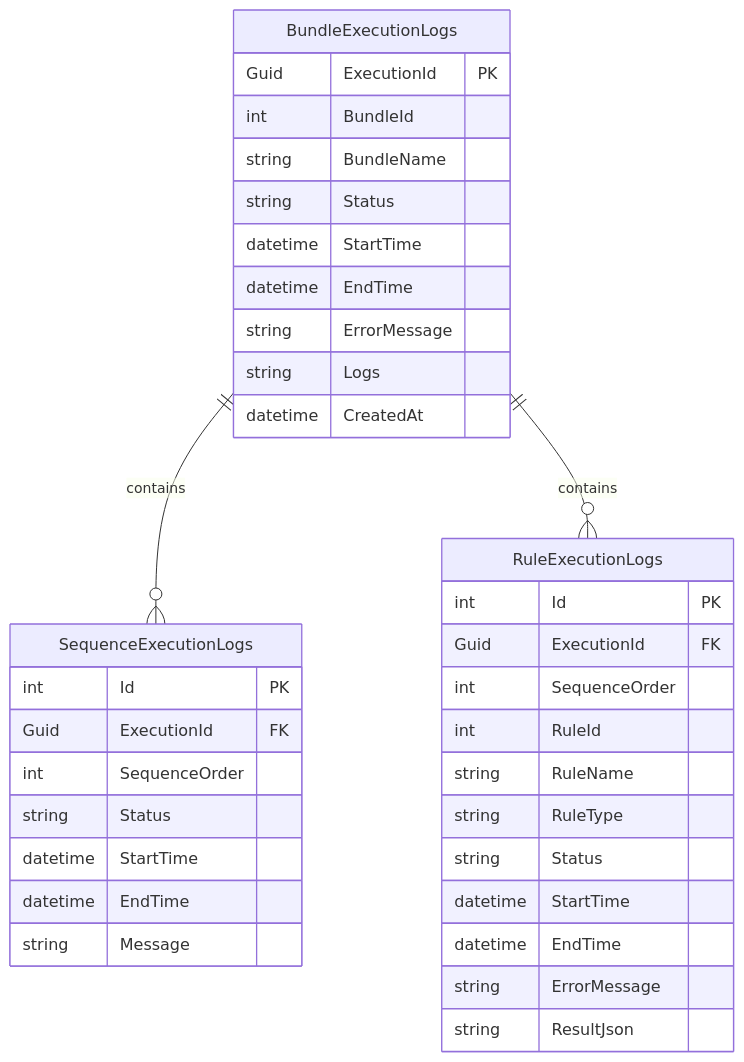
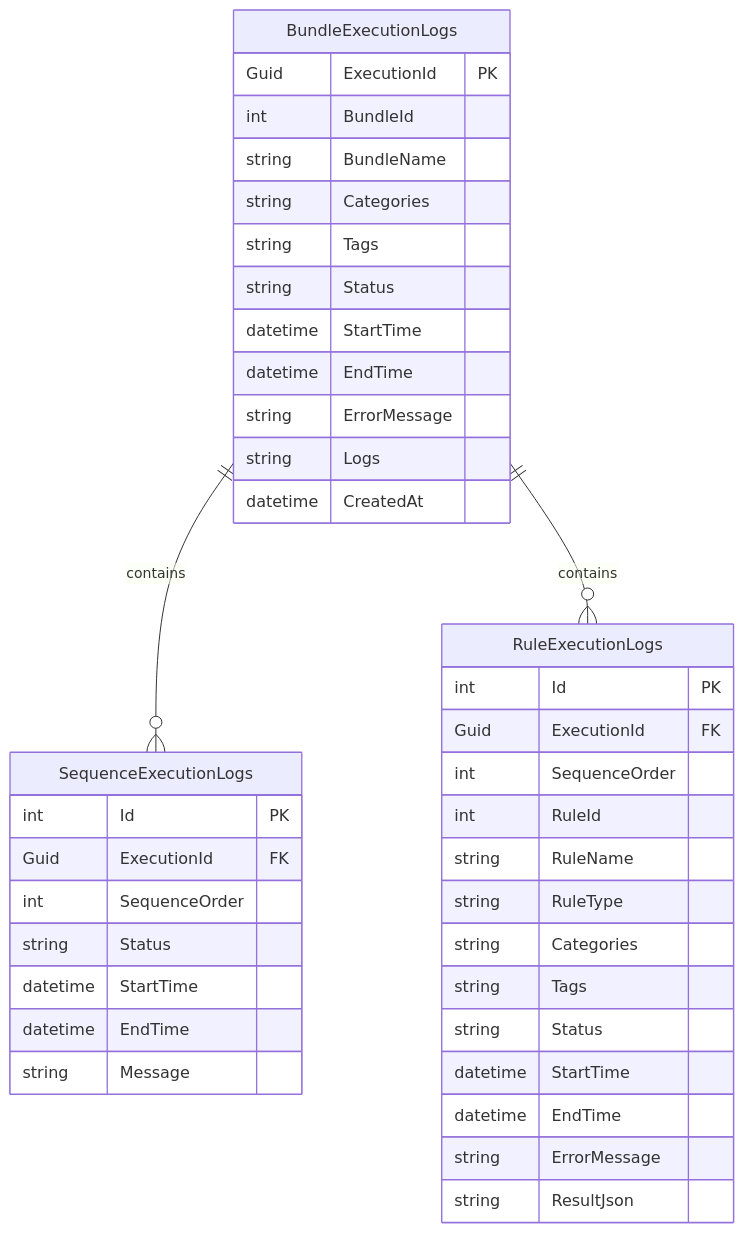
One commit to etl-madness/EtlAnalytics.RulesEngine changed the fourth of 5 diagrams in docs/ARCHITECTURE_OVERVIEW.md. Above: the diagram before and after it, drawn with Mermaid. The commit also changed 6 other files, not shown here.

Commit message:
Updating documenation for EtlAnalytics.RulesEngine.2.3.0 and adding categories and tags

````diff
--- a/docs/ARCHITECTURE_OVERVIEW.md
+++ b/docs/ARCHITECTURE_OVERVIEW.md
@@ -145,41 +145,45 @@
 ```mermaid
 erDiagram
     BundleExecutionLogs ||--o{ SequenceExecutionLogs : "contains"
     BundleExecutionLogs ||--o{ RuleExecutionLogs : "contains"
 
     BundleExecutionLogs {
         Guid ExecutionId PK
         int BundleId
         string BundleName
+        string Categories
+        string Tags
         string Status
         datetime StartTime
         datetime EndTime
         string ErrorMessage
         string Logs
         datetime CreatedAt
     }
 
     SequenceExecutionLogs {
         int Id PK
         Guid ExecutionId FK
         int SequenceOrder
         string Status
         datetime StartTime
         datetime EndTime
         string Message
     }
 
     RuleExecutionLogs {
         int Id PK
         Guid ExecutionId FK
         int SequenceOrder
         int RuleId
         string RuleName
         string RuleType
+        string Categories
+        string Tags
         string Status
         datetime StartTime
         datetime EndTime
         string ErrorMessage
         string ResultJson
     }
 ```
````
